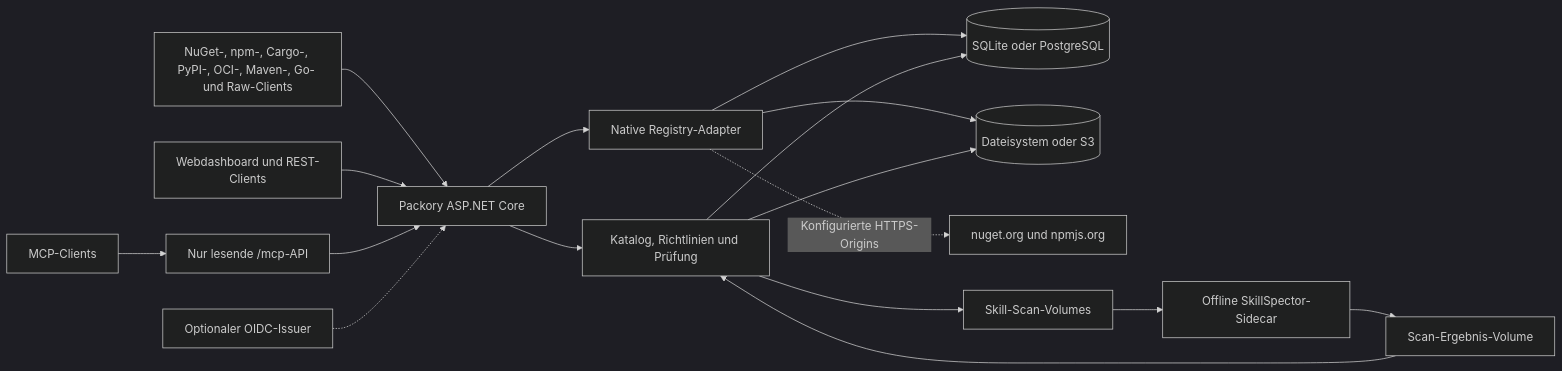
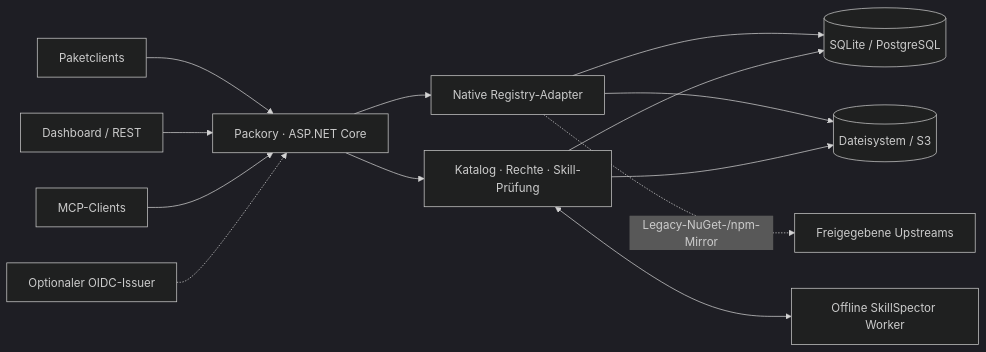
Before and after one commit to Cenn0/Packory: the diagram in README.de.md, drawn with Mermaid (dark theme). The commit also changed other lines of this file and 6 other files, not shown here.

````diff
--- a/README.de.md
+++ b/README.de.md
@@ -100,19 +91,15 @@
 ```mermaid
 flowchart LR
-  C["NuGet-, npm-, Cargo-, PyPI-, OCI-, Maven-, Go- und Raw-Clients"] --> App["Packory ASP.NET Core"]
-  Web["Webdashboard und REST-Clients"] --> App
-  MCP["MCP-Clients"] --> Read["Nur lesende /mcp-API"]
-  Read --> App
+  Clients["Paketclients"] --> App["Packory · ASP.NET Core"]
+  UI["Dashboard / REST"] --> App
+  MCP["MCP-Clients"] --> App
   OIDC["Optionaler OIDC-Issuer"] -.-> App
-  App --> Adapter["Native Registry-Adapter"]
-  App --> Catalog["Katalog, Richtlinien und Prüfung"]
-  Adapter --> DB[("SQLite oder PostgreSQL")]
-  Catalog --> DB
-  Adapter --> Blob[("Dateisystem oder S3")]
-  Catalog --> Blob
-  Adapter -. "Konfigurierte HTTPS-Origins" .-> U["nuget.org und npmjs.org"]
-  Catalog --> Queue["Skill-Scan-Volumes"]
-  Queue --> Scan["Offline SkillSpector-Sidecar"]
-  Scan --> Out["Scan-Ergebnis-Volume"]
-  Out --> Catalog
+  App --> Adapters["Native Registry-Adapter"]
+  App --> Policy["Katalog · Rechte · Skill-Prüfung"]
+  Adapters --> DB[("SQLite / PostgreSQL")]
+  Policy --> DB
+  Adapters --> Blobs[("Dateisystem / S3")]
+  Policy --> Blobs
+  Adapters -. "Legacy-NuGet-/npm-Mirror" .-> Upstream["Freigegebene Upstreams"]
+  Policy <--> Worker["Offline SkillSpector Worker"]
 ```
````
